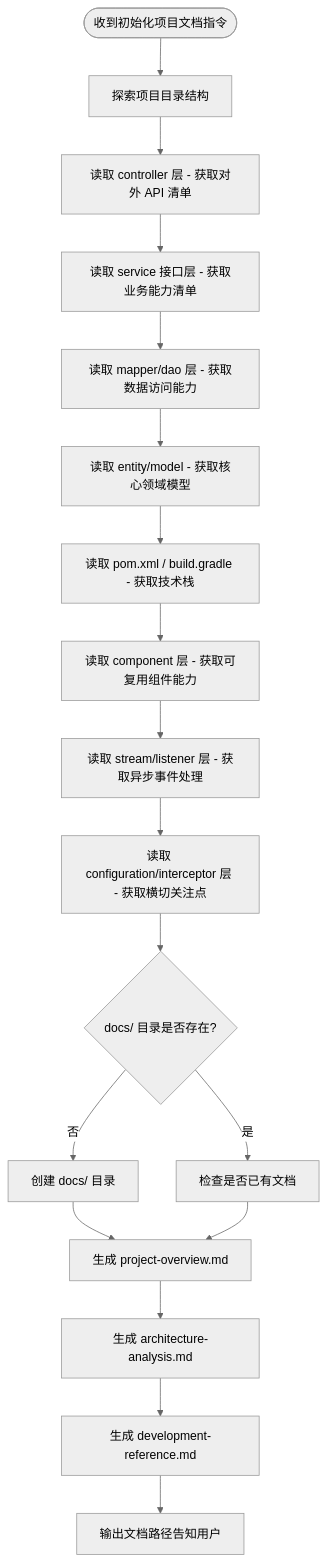
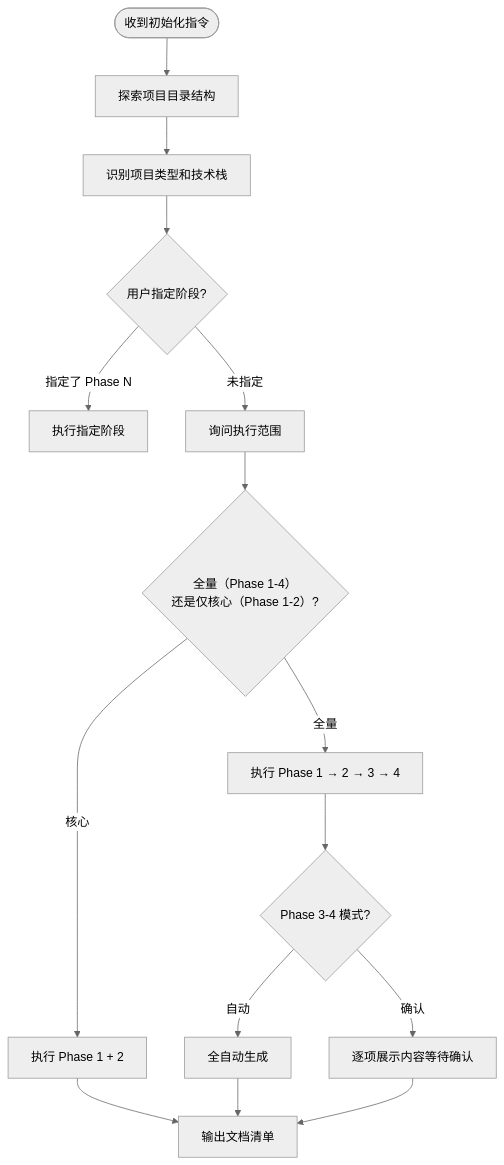
Before and after one commit to exception-coder/team-standards: the diagram in skills/init-project-docs/SKILL.md, drawn with Mermaid (neutral theme). The commit also changed other lines of this file and 22 other files, not shown here.

First line of the commit message:
feat(knowledge-graph): 整合 project-docs 知识图谱体系到插件

````diff
--- a/skills/init-project-docs/SKILL.md
+++ b/skills/init-project-docs/SKILL.md
@@ -21,20 +34,17 @@
 ```mermaid
 flowchart TD
-    A([收到初始化项目文档指令]) --> B[探索项目目录结构]
-    B --> C[读取 controller 层 - 获取对外 API 清单]
-    C --> D[读取 service 接口层 - 获取业务能力清单]
-    D --> E[读取 mapper/dao 层 - 获取数据访问能力]
-    E --> F[读取 entity/model - 获取核心领域模型]
-    F --> G[读取 pom.xml / build.gradle - 获取技术栈]
-    G --> G2[读取 component 层 - 获取可复用组件能力]
-    G2 --> G3[读取 stream/listener 层 - 获取异步事件处理]
-    G3 --> G4[读取 configuration/interceptor 层 - 获取横切关注点]
-    G4 --> H{docs/ 目录是否存在?}
-    H -->|否| I[创建 docs/ 目录]
-    H -->|是| J[检查是否已有文档]
-    I --> K[生成 project-overview.md]
-    J --> K
-    K --> L[生成 architecture-analysis.md]
-    L --> L2[生成 development-reference.md]
-    L2 --> M[输出文档路径告知用户]
+    A([收到初始化指令]) --> B[探索项目目录结构]
+    B --> C[识别项目类型和技术栈]
+    C --> D{用户指定阶段?}
+    D -->|"指定了 Phase N"| E[执行指定阶段]
+    D -->|"未指定"| F[询问执行范围]
+    F --> G{"全量（Phase 1-4）\n还是仅核心（Phase 1-2）?"}
+    G -->|核心| H[执行 Phase 1 + 2]
+    G -->|全量| I[执行 Phase 1 → 2 → 3 → 4]
+    H --> J[输出文档清单]
+    I --> K{Phase 3-4 模式?}
+    K -->|自动| L[全自动生成]
+    K -->|确认| M[逐项展示内容等待确认]
+    L --> J
+    M --> J
 ```
````
